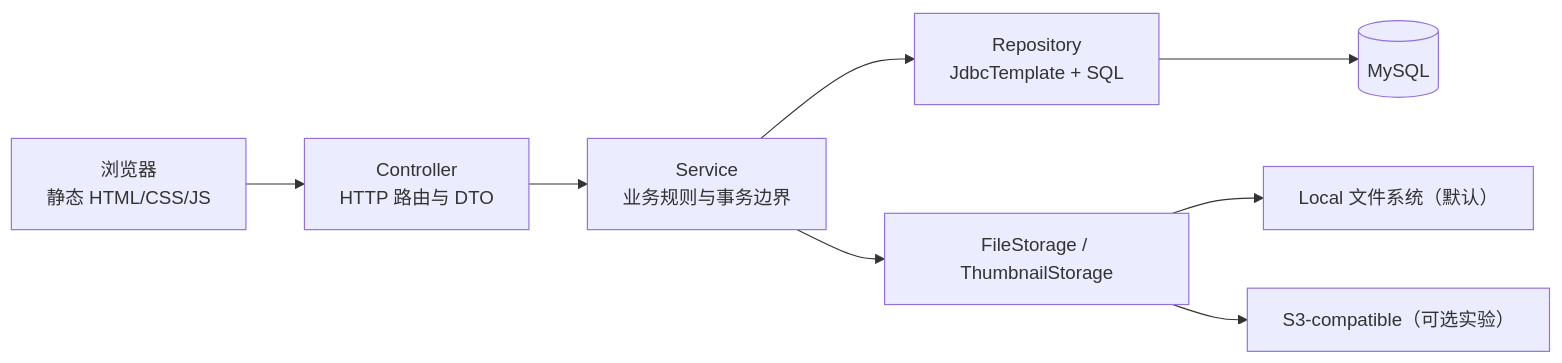
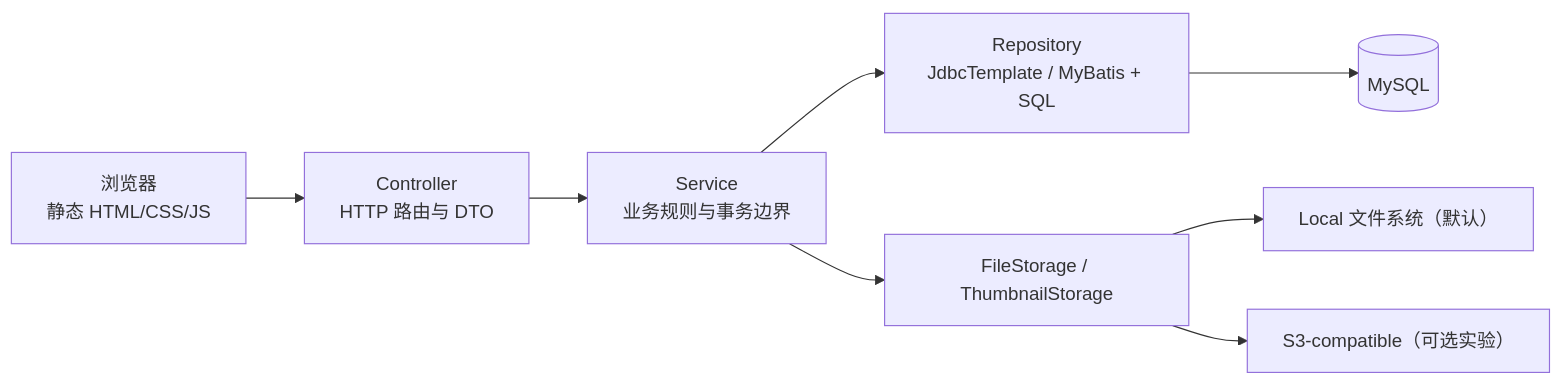
One commit to yuutara/illustration-archive changed the first of 2 diagrams in README.md. Above: the diagram before and after it, drawn with Mermaid. The commit also changed other lines of this file and 20 other files, not shown here.

````diff
--- a/README.md
+++ b/README.md
@@ -76,10 +77,10 @@
 ```mermaid
 flowchart LR
     Browser["浏览器<br/>静态 HTML/CSS/JS"] --> Controller["Controller<br/>HTTP 路由与 DTO"]
     Controller --> Service["Service<br/>业务规则与事务边界"]
-    Service --> Repository["Repository<br/>JdbcTemplate + SQL"]
+    Service --> Repository["Repository<br/>JdbcTemplate / MyBatis + SQL"]
     Repository --> MySQL[(MySQL)]
     Service --> Storage["FileStorage / ThumbnailStorage"]
     Storage --> Local["Local 文件系统（默认）"]
     Storage --> S3["S3-compatible（可选实验）"]
 ```
````
